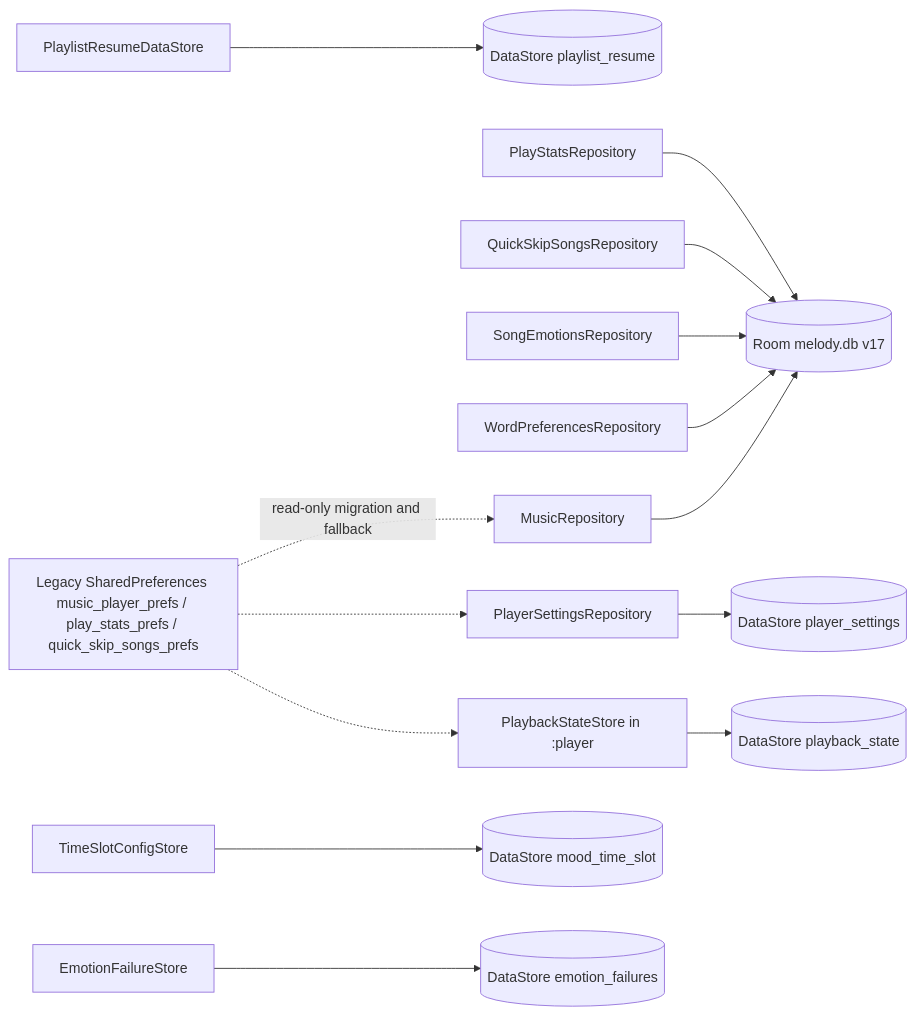
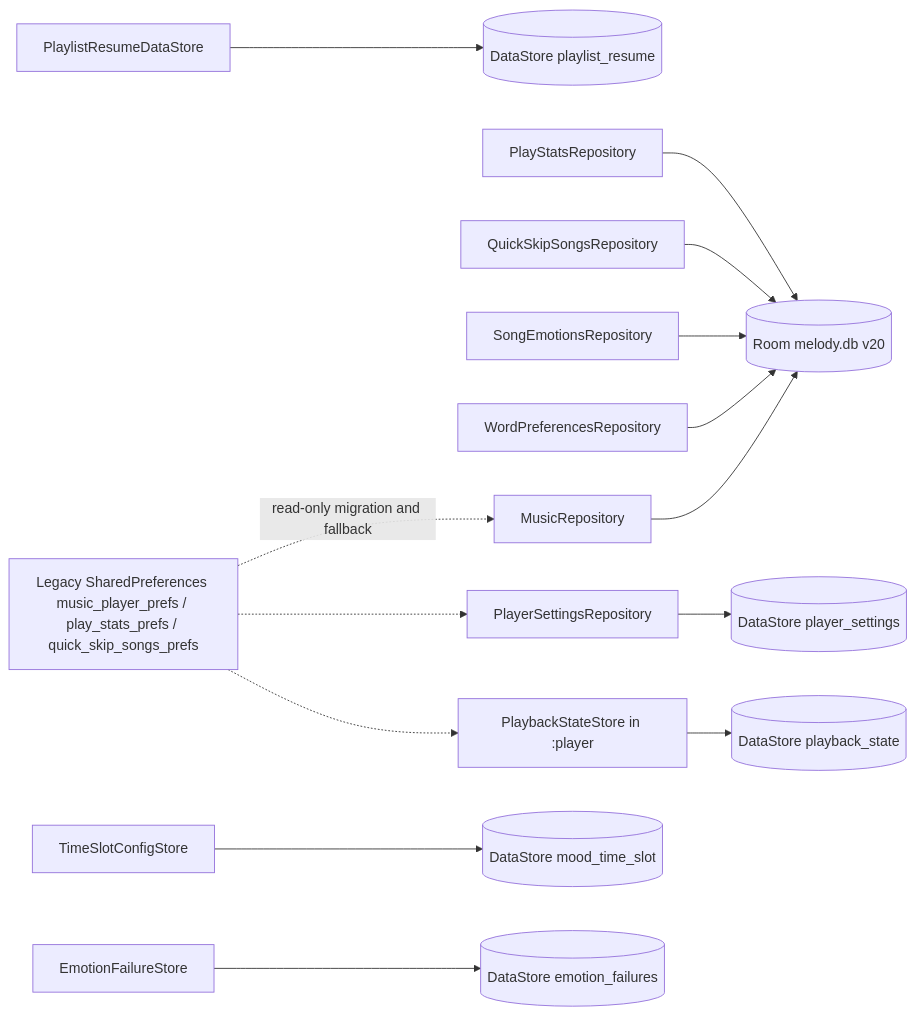
Before and after one commit to DefineMyCode/melody-in-heart-x: the first of 3 diagrams in openwiki/architecture/data-persistence.md, drawn with Mermaid. The commit also changed other lines of this file and 42 other files, not shown here.

````diff
--- a/openwiki/architecture/data-persistence.md
+++ b/openwiki/architecture/data-persistence.md
@@ -137,16 +141,16 @@
 ```mermaid
 flowchart LR
-    MUSIC["MusicRepository"] --> DB[("Room melody.db v17")]
+    MUSIC["MusicRepository"] --> DB[("Room melody.db v20")]
     STATS["PlayStatsRepository"] --> DB
     SKIP["QuickSkipSongsRepository"] --> DB
     EMO["SongEmotionsRepository"] --> DB
     WORDS["WordPreferencesRepository"] --> DB
     SETTINGS["PlayerSettingsRepository"] --> DS1[("DataStore player_settings")]
     RESUME["PlaylistResumeDataStore"] --> DS2[("DataStore playlist_resume")]
     SLOT["TimeSlotConfigStore"] --> DS3[("DataStore mood_time_slot")]
     FAIL["EmotionFailureStore"] --> DS4[("DataStore emotion_failures")]
     STATE["PlaybackStateStore in :player"] --> DS5[("DataStore playback_state")]
     LEGACY["Legacy SharedPreferences music_player_prefs / play_stats_prefs / quick_skip_songs_prefs"] -. read-only migration and fallback .-> MUSIC
     LEGACY -.-> SETTINGS
     LEGACY -.-> STATE
 ```
````
